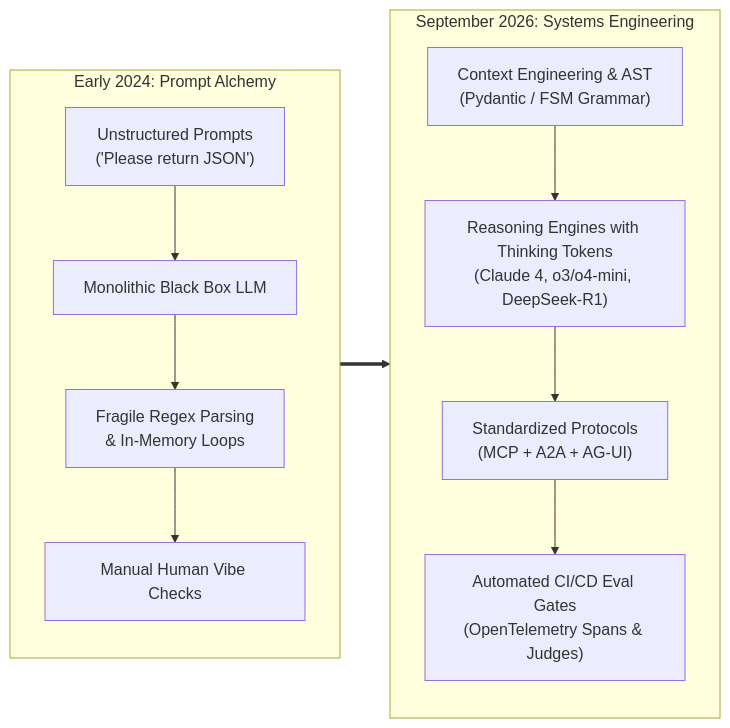
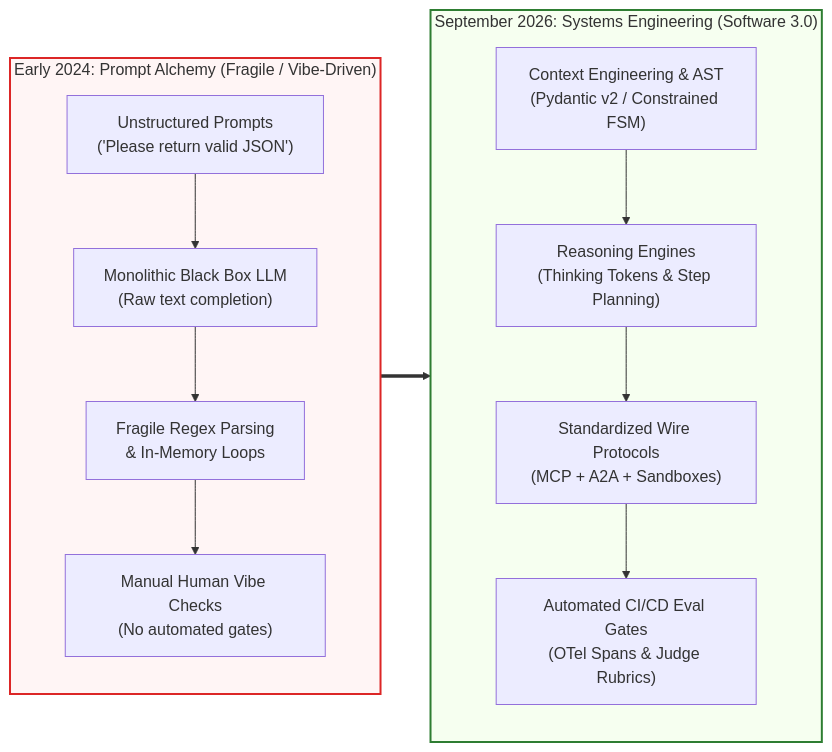
One commit to dip4k/senior-engineer-to-ai-engineer-roadmap changed the first of 4 diagrams in README.md. Above: the diagram before and after it, drawn with Mermaid. The commit also changed other lines of this file and 3 other files, not shown here.

Commit message:
feat(curriculum): update root README, roadmap, transition guide, and Phase 02 with modern UI flowcharts and ELI10 blueprints

````diff
--- a/README.md
+++ b/README.md
@@ -65,18 +71,21 @@
 ```mermaid
 flowchart LR
-    subgraph Y2024["Early 2024: Prompt Alchemy"]
+    subgraph Y2024["Early 2024: Prompt Alchemy (Fragile / Vibe-Driven)"]
         direction TB
-        A1["Unstructured Prompts<br>('Please return JSON')"] --> B1["Monolithic Black Box LLM"]
+        A1["Unstructured Prompts<br>('Please return valid JSON')"] --> B1["Monolithic Black Box LLM<br>(Raw text completion)"]
         B1 --> C1["Fragile Regex Parsing<br>& In-Memory Loops"]
-        C1 --> D1["Manual Human Vibe Checks"]
+        C1 --> D1["Manual Human Vibe Checks<br>(No automated gates)"]
     end
 
-    subgraph Y2026["September 2026: Systems Engineering"]
+    subgraph Y2026["September 2026: Systems Engineering (Software 3.0)"]
         direction TB
-        A2["Context Engineering & AST<br>(Pydantic / FSM Grammar)"] --> B2["Reasoning Engines with Thinking Tokens<br>(Claude 4, o3/o4-mini, DeepSeek-R1)"]
-        B2 --> C2["Standardized Protocols<br>(MCP + A2A + AG-UI)"]
-        C2 --> D2["Automated CI/CD Eval Gates<br>(OpenTelemetry Spans & Judges)"]
+        A2["Context Engineering & AST<br>(Pydantic v2 / Constrained FSM)"] --> B2["Reasoning Engines<br>(Thinking Tokens & Step Planning)"]
+        B2 --> C2["Standardized Wire Protocols<br>(MCP + A2A + Sandboxes)"]
+        C2 --> D2["Automated CI/CD Eval Gates<br>(OTel Spans & Judge Rubrics)"]
     end
 
     Y2024 ==> Y2026
+
+    style Y2024 fill:#fff5f5,stroke:#dc2626,stroke-width:2px
+    style Y2026 fill:#f6fff0,stroke:#2e7d32,stroke-width:2px
 ```
````
